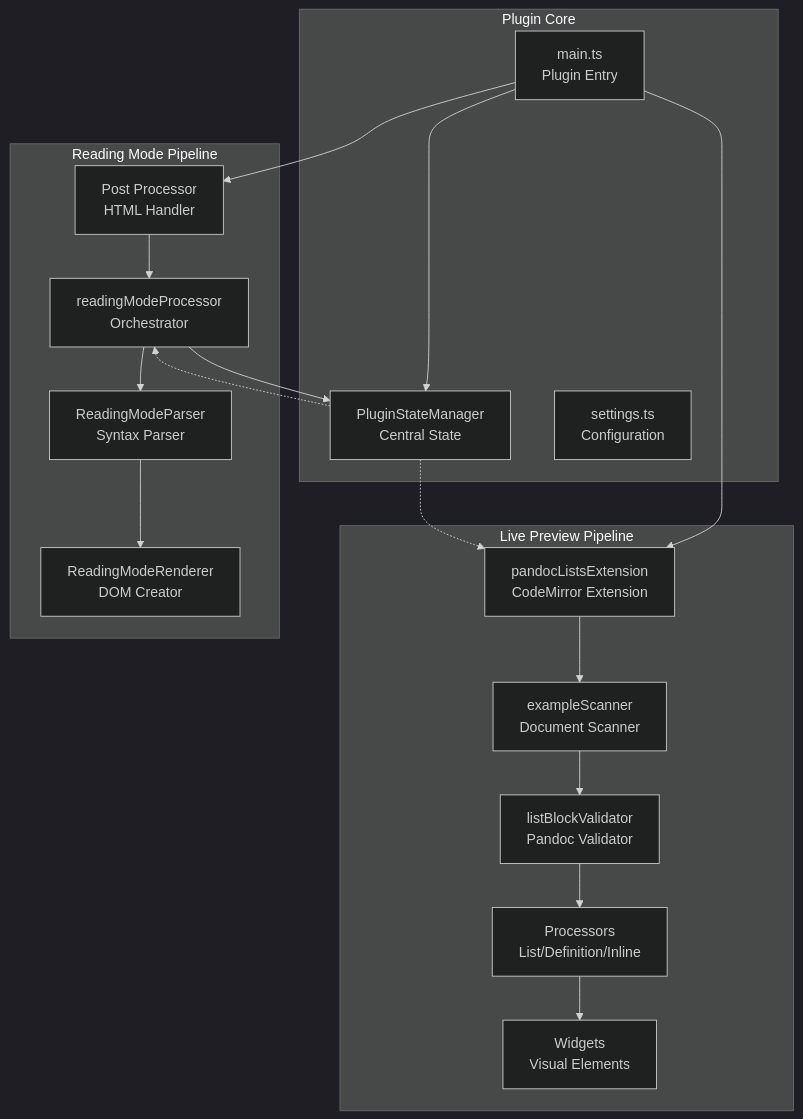
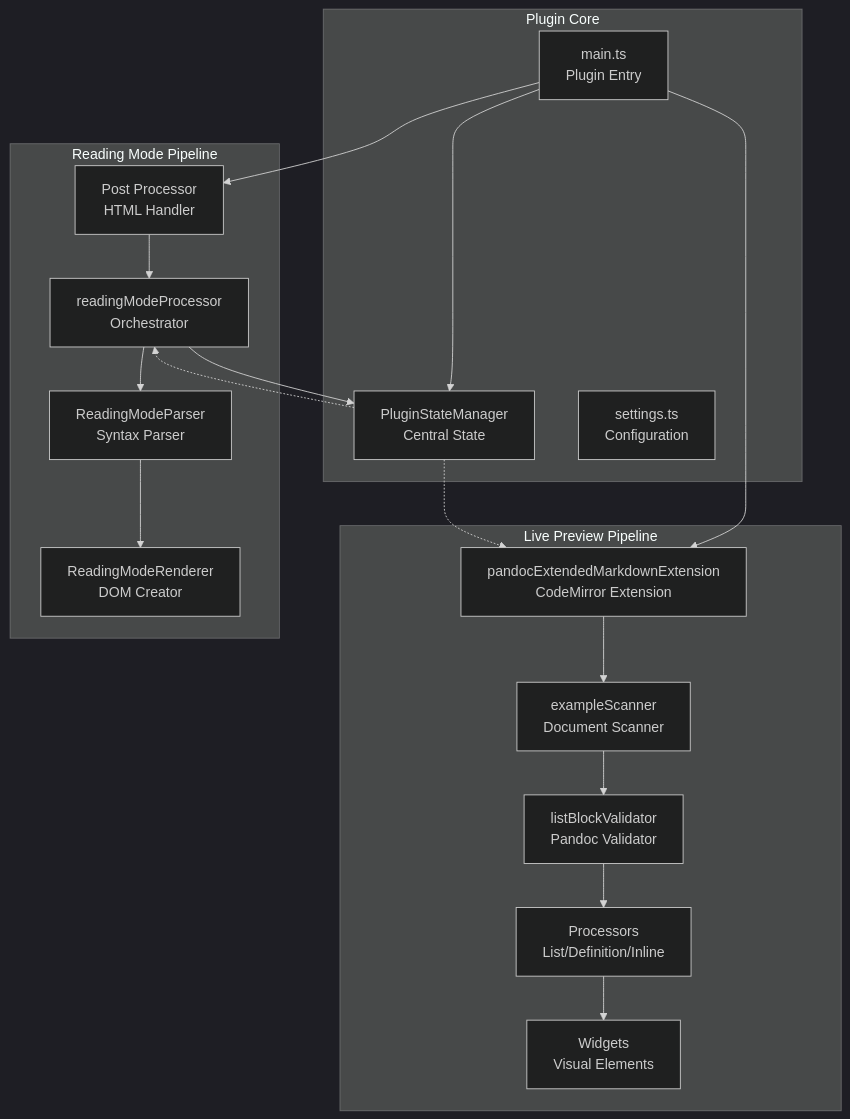
The first of 6 diagrams in ARCHITECTURE.md (ErrorTzy/obsidian-pandoc-extended-markdown), drawn with Mermaid (dark theme) before and after one commit. The commit also changed other lines of this file and 12 other files, not shown here.

First line of the commit message:
refactor: Rename PandocLists to PandocExtendedMarkdown throughout codebase

````diff
--- a/ARCHITECTURE.md
+++ b/ARCHITECTURE.md
@@ -104,40 +104,40 @@
 ```mermaid
 graph TB
     subgraph "Plugin Core"
         Main[main.ts<br/>Plugin Entry]
         SM[PluginStateManager<br/>Central State]
         Settings[settings.ts<br/>Configuration]
     end
     
     subgraph "Live Preview Pipeline"
-        CMExt[pandocListsExtension<br/>CodeMirror Extension]
+        CMExt[pandocExtendedMarkdownExtension<br/>CodeMirror Extension]
         Scanner[exampleScanner<br/>Document Scanner]
         Validator[listBlockValidator<br/>Pandoc Validator]
         Processors[Processors<br/>List/Definition/Inline]
         Widgets[Widgets<br/>Visual Elements]
     end
     
     subgraph "Reading Mode Pipeline"
         PostProc[Post Processor<br/>HTML Handler]
         RMProc[readingModeProcessor<br/>Orchestrator]
         Parser[ReadingModeParser<br/>Syntax Parser]
         Renderer[ReadingModeRenderer<br/>DOM Creator]
     end
     
     Main --> CMExt
     Main --> PostProc
     Main --> SM
     
     CMExt --> Scanner
     Scanner --> Validator
     Validator --> Processors
     Processors --> Widgets
     
     PostProc --> RMProc
     RMProc --> Parser
     RMProc --> SM
     Parser --> Renderer
     
     SM -.-> CMExt
     SM -.-> RMProc
 ```
````
